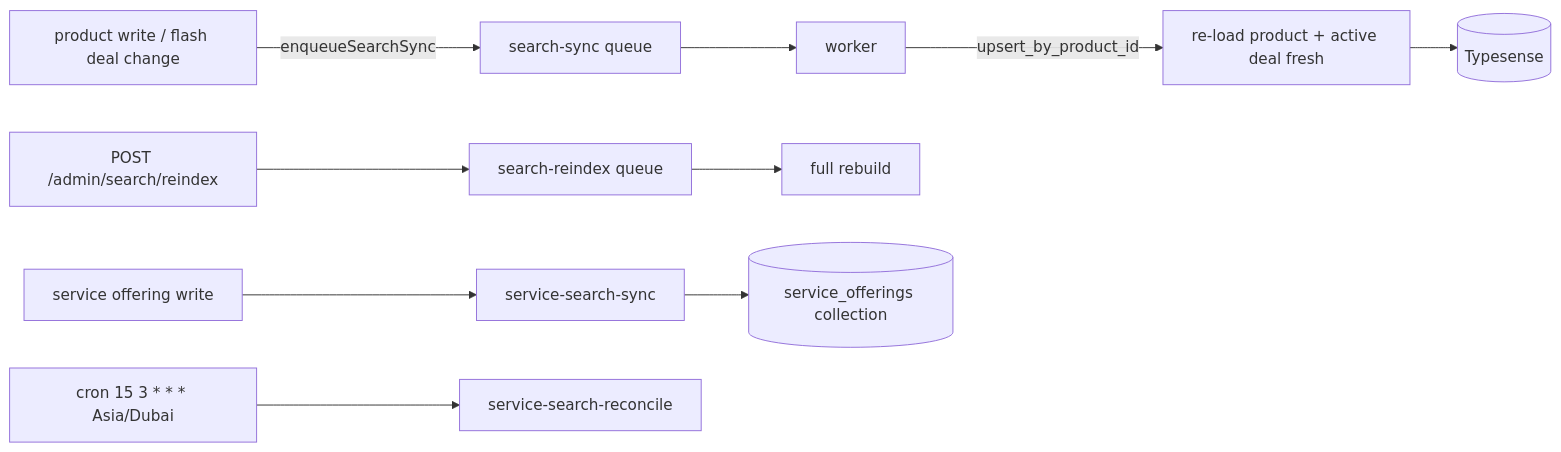
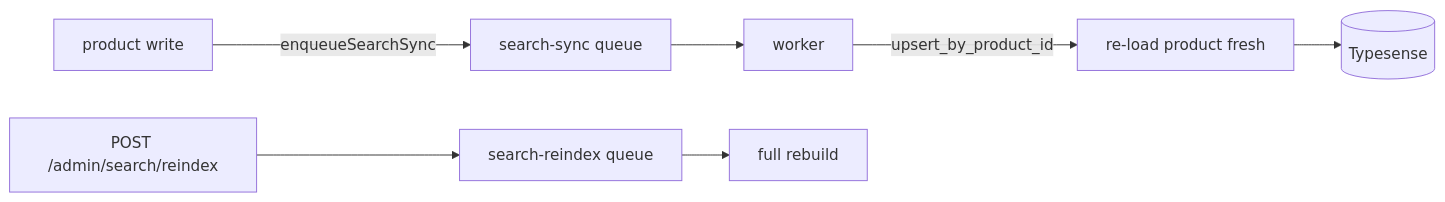
Before and after one commit to ismailfarisi/materialhub: the second of 3 diagrams in docs/backend/05-product-service.md, drawn with Mermaid. The commit also changed other lines of this file and 107 other files, not shown here.

First line of the commit message:
Prune order-service, finish the schema and update the backend docs

````diff
--- a/docs/backend/05-product-service.md
+++ b/docs/backend/05-product-service.md
@@ -127,10 +115,8 @@
 ```mermaid
 flowchart LR
-    W[product write / flash deal change] -->|enqueueSearchSync| Q[search-sync queue]
+    W[product write] -->|enqueueSearchSync| Q[search-sync queue]
     Q --> WK[worker]
-    WK -->|upsert_by_product_id| RL[re-load product + active deal fresh]
+    WK -->|upsert_by_product_id| RL[re-load product fresh]
     RL --> TS[(Typesense)]
     ADM[POST /admin/search/reindex] --> RQ[search-reindex queue] --> FULL[full rebuild]
-    SR[service offering write] --> SSQ[service-search-sync] --> TS2[(service_offerings collection)]
-    CRON["cron 15 3 * * * Asia/Dubai"] --> REC[service-search-reconcile]
 ```
````
